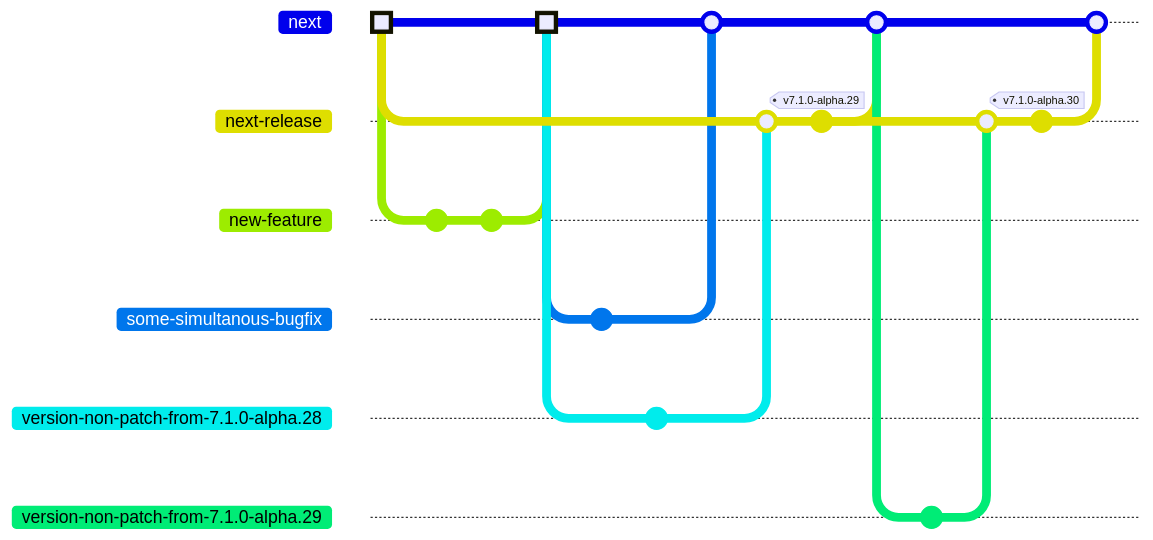
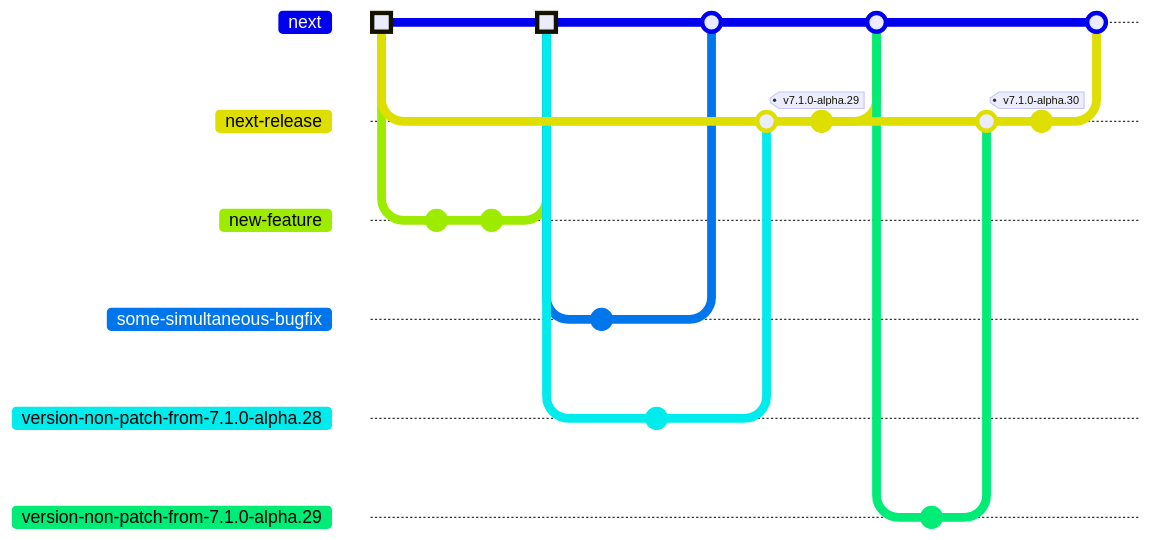
The fifth of 5 diagrams in CONTRIBUTING/RELEASING.md (storybookjs/storybook), drawn with Mermaid before and after one commit. Commit ids are hidden.

Commit message:
docs: fix "simultanous" typo in RELEASING.md

````diff
--- a/CONTRIBUTING/RELEASING.md
+++ b/CONTRIBUTING/RELEASING.md
@@ -603,30 +603,30 @@
 ```mermaid
 %%{init: { 'gitGraph': { 'mainBranchName': 'next' } } }%%
 gitGraph
     commit type: HIGHLIGHT
     branch next-release
     branch new-feature
     commit
     commit
     checkout next
     merge new-feature type: HIGHLIGHT
-    branch some-simultanous-bugfix
+    branch some-simultaneous-bugfix
     commit
     checkout next
     branch version-non-patch-from-7.1.0-alpha.28
     commit id: "write changelog"
     checkout next
-    merge some-simultanous-bugfix id: "whoops!"
+    merge some-simultaneous-bugfix id: "whoops!"
     checkout next-release
     merge version-non-patch-from-7.1.0-alpha.28
     commit id: "bump versions" tag: "v7.1.0-alpha.29"
     checkout next
     merge next-release
     branch version-non-patch-from-7.1.0-alpha.29
     commit id: "write changelog again"
     checkout next-release
     merge version-non-patch-from-7.1.0-alpha.29
     commit id: "bump versions again" tag: "v7.1.0-alpha.30"
     checkout next
     merge next-release
 ```
````
